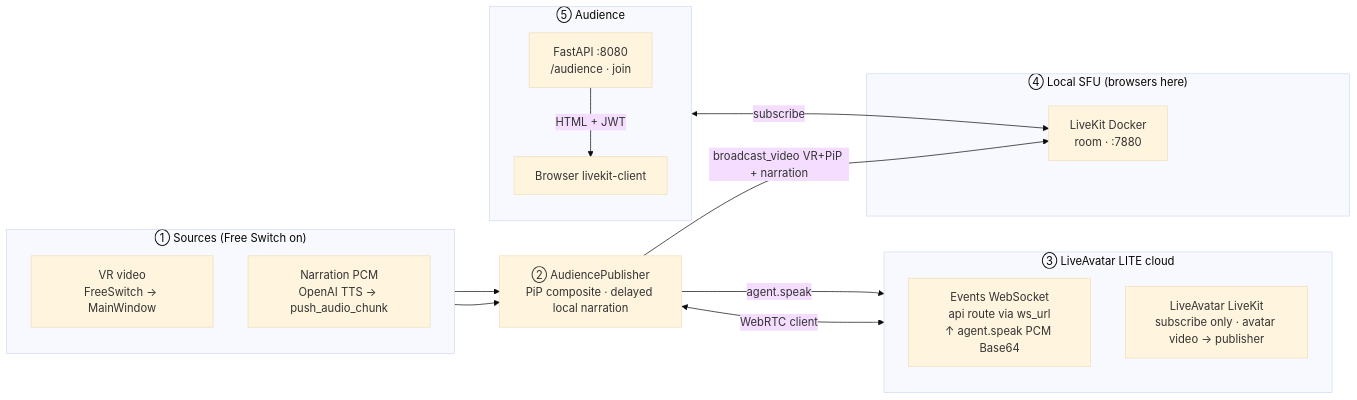
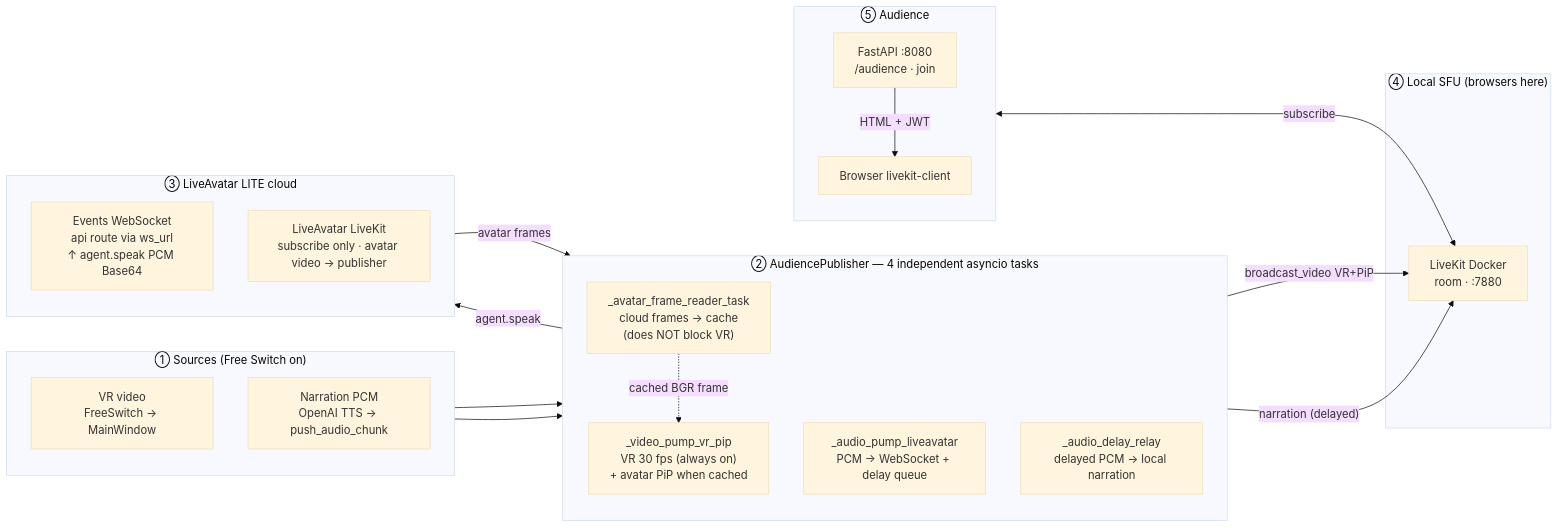
Before and after one commit to bolin35877766/miis_broadcast: the second of 4 diagrams in src/miis_broadcast/audience/README.md, drawn with Mermaid (base theme). The commit also changed other lines of this file and 1 other file, not shown here.

Commit message:
refactor(audience): decouple VR publish from avatar; 4 independent asyncio tasks

````diff
--- a/src/miis_broadcast/audience/README.md
+++ b/src/miis_broadcast/audience/README.md
@@ -76,34 +79,42 @@
 ```mermaid
 flowchart LR
   subgraph SRC["① Sources (Free Switch on)"]
     direction TB
     VR["VR video<br/>FreeSwitch → MainWindow"]
     PCM["Narration PCM<br/>OpenAI TTS → push_audio_chunk"]
   end
 
-  PUB["② AudiencePublisher<br/>PiP composite · delayed local narration"]
+  subgraph PUB["② AudiencePublisher — 4 independent asyncio tasks"]
+    direction TB
+    TVRPIP["_video_pump_vr_pip<br/>VR 30 fps (always on)<br/>+ avatar PiP when cached"]
+    TAVR["_avatar_frame_reader_task<br/>cloud frames → cache<br/>(does NOT block VR)"]
+    TAPU["_audio_pump_liveavatar<br/>PCM → WebSocket + delay queue"]
+    TREL["_audio_delay_relay<br/>delayed PCM → local narration"]
+  end
 
   subgraph CLD["③ LiveAvatar LITE cloud"]
     direction TB
     WS["Events WebSocket<br/>api route via ws_url<br/>↑ agent.speak PCM Base64"]
     CLK["LiveAvatar LiveKit<br/>subscribe only · avatar video → publisher"]
   end
 
   subgraph LOC["④ Local SFU (browsers here)"]
     LK["LiveKit Docker<br/>room · :7880"]
   end
 
   subgraph AUD["⑤ Audience"]
     direction TB
     HTTP["FastAPI :8080<br/>/audience · join"]
     BR["Browser livekit-client"]
   end
 
-  VR --> PUB
-  PCM --> PUB
-  PUB -->|"agent.speak"| WS
-  PUB <-->|"WebRTC client"| CLK
-  PUB -->|"broadcast_video VR+PiP + narration"| LK
+  VR --> TVRPIP
+  PCM --> TAPU
+  CLK -->|"avatar frames"| TAVR
+  TAVR -.->|"cached BGR frame"| TVRPIP
+  TAPU -->|"agent.speak"| WS
+  TVRPIP -->|"broadcast_video VR+PiP"| LK
+  TREL -->|"narration (delayed)"| LK
   HTTP -->|"HTML + JWT"| BR
   BR <-->|"subscribe"| LK
 ```
````
